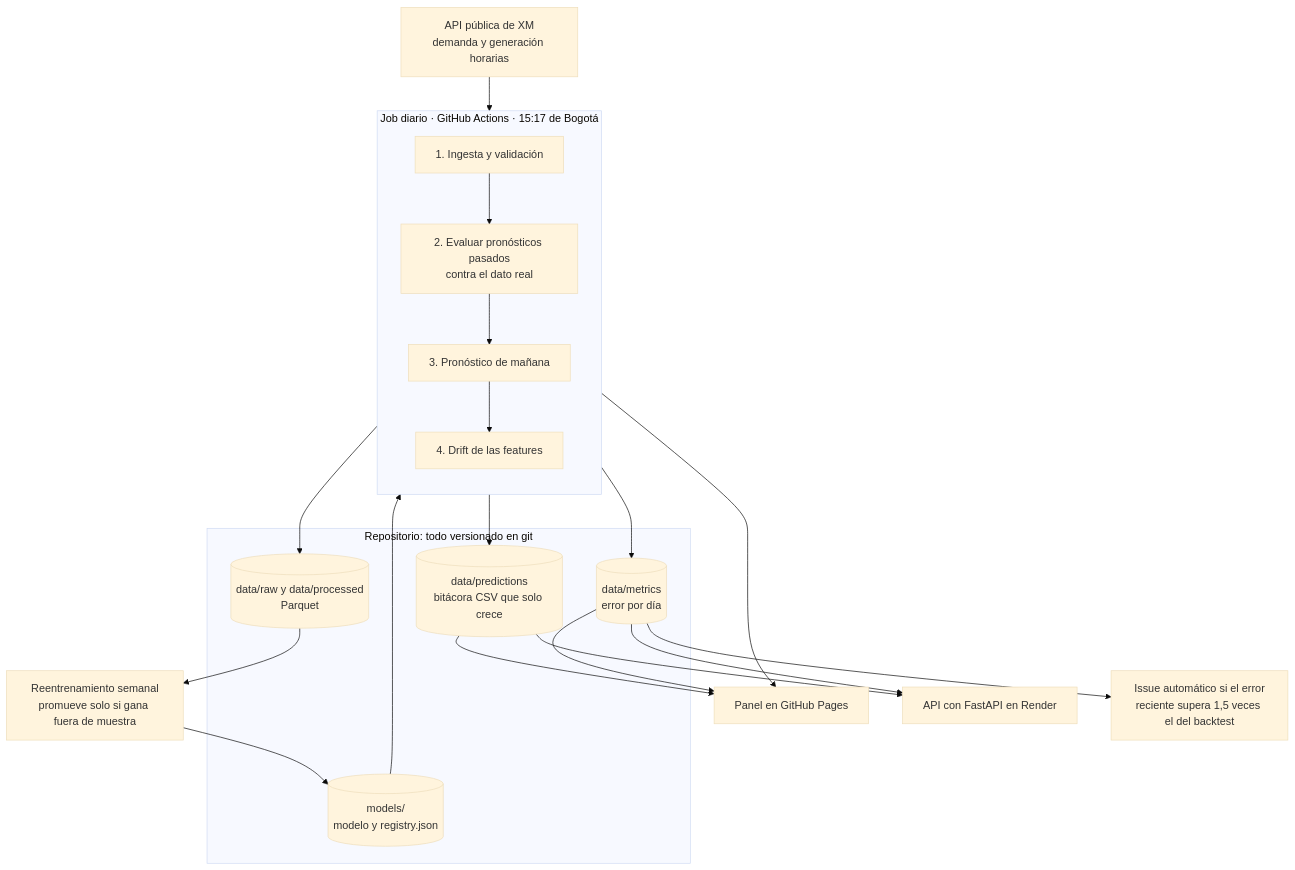
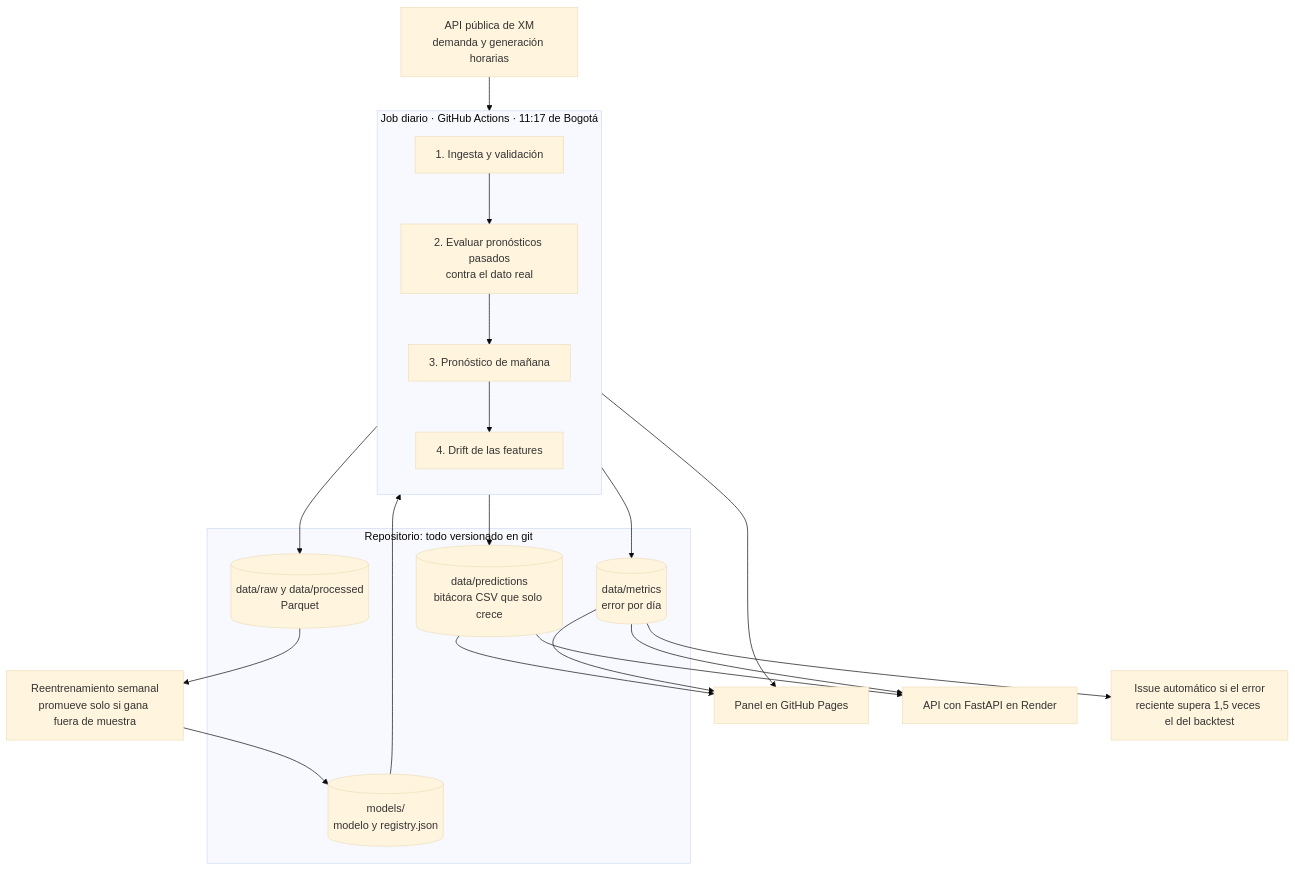
One commit to hoseStr/energuia changed the diagram in README.md. Above: the diagram before and after it, drawn with Mermaid (base theme). The commit also changed 3 other files, not shown here.

````diff
--- a/README.md
+++ b/README.md
@@ -22,34 +22,34 @@
 ```mermaid
 flowchart TD
     XM["API pública de XM<br/>demanda y generación horarias"]
 
-    subgraph daily["Job diario · GitHub Actions · 15:17 de Bogotá"]
+    subgraph daily["Job diario · GitHub Actions · 11:17 de Bogotá"]
         direction TB
         ING["1. Ingesta y validación"]
         EVAL["2. Evaluar pronósticos pasados<br/>contra el dato real"]
         FC["3. Pronóstico de mañana"]
         DRIFT["4. Drift de las features"]
         ING --> EVAL --> FC --> DRIFT
     end
 
     subgraph repo["Repositorio: todo versionado en git"]
         DATA[("data/raw y data/processed<br/>Parquet")]
         LOG[("data/predictions<br/>bitácora CSV que solo crece")]
         MET[("data/metrics<br/>error por día")]
         REG[("models/<br/>modelo y registry.json")]
     end
 
     XM --> ING
     ING --> DATA
     EVAL --> MET
     FC --> LOG
     REG --> FC
     DATA --> RETRAIN["Reentrenamiento semanal<br/>promueve solo si gana fuera de muestra"]
     RETRAIN --> REG
     LOG --> PANEL["Panel en GitHub Pages"]
     MET --> PANEL
     DRIFT --> PANEL
     LOG --> API["API con FastAPI en Render"]
     MET --> API
     MET --> ALERT["Issue automático si el error<br/>reciente supera 1,5 veces el del backtest"]
 ```
````
